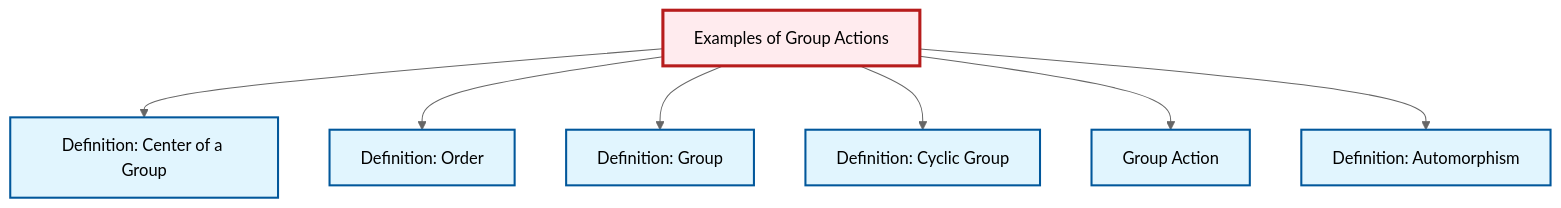
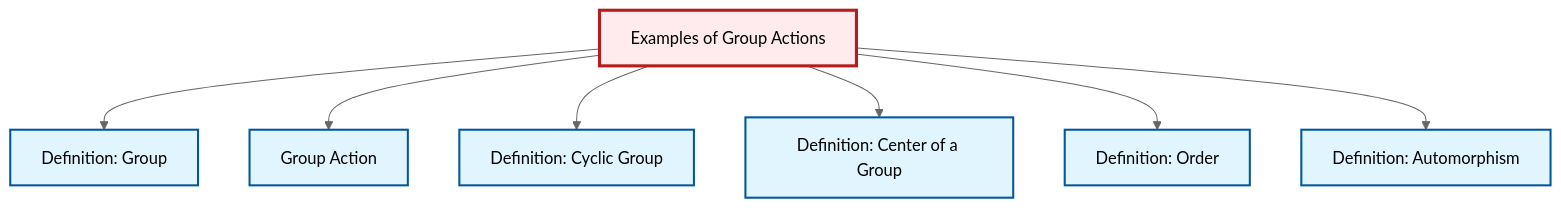
One commit to RK0429/ModernMath changed the diagram in content/en/algebra/ex-group-action-examples.qmd. Above: the diagram before and after it, drawn with Mermaid (neutral theme). The commit also changed other lines of this file and 328 other files, not shown here.

````diff
--- a/content/en/algebra/ex-group-action-examples.qmd
+++ b/content/en/algebra/ex-group-action-examples.qmd
@@ -78,29 +78,29 @@
 ```{mermaid}
 %%| fig-cap: "Local dependency graph"
 graph TD
     classDef definition fill:#e1f5fe,stroke:#01579b,stroke-width:2px
     classDef theorem fill:#f3e5f5,stroke:#4a148c,stroke-width:2px
     classDef axiom fill:#fff3e0,stroke:#e65100,stroke-width:2px
     classDef example fill:#e8f5e9,stroke:#1b5e20,stroke-width:2px
     classDef current fill:#ffebee,stroke:#b71c1c,stroke-width:3px
-    def-cyclic-group["Definition: Cyclic Group"]:::definition
-    def-order["Definition: Order"]:::definition
     ex-group-action-examples["Examples of Group Actions"]:::example
     def-automorphism["Definition: Automorphism"]:::definition
+    def-group-action["Group Action"]:::definition
+    def-order["Definition: Order"]:::definition
+    def-cyclic-group["Definition: Cyclic Group"]:::definition
     def-group["Definition: Group"]:::definition
     def-center-of-group["Definition: Center of a Group"]:::definition
-    def-group-action["Group Action"]:::definition
+    ex-group-action-examples --> def-group
+    ex-group-action-examples --> def-group-action
+    ex-group-action-examples --> def-cyclic-group
     ex-group-action-examples --> def-center-of-group
     ex-group-action-examples --> def-order
-    ex-group-action-examples --> def-group
-    ex-group-action-examples --> def-cyclic-group
-    ex-group-action-examples --> def-group-action
     ex-group-action-examples --> def-automorphism
     class ex-group-action-examples current
+    click def-automorphism "def-automorphism.html" "Go to Automorphism definition"
+    click def-group-action "def-group-action.html" "Go to Group Action"
+    click def-order "def-order.html" "Go to Order definition"
     click def-cyclic-group "def-cyclic-group.html" "Go to Cyclic Group definition"
-    click def-order "def-order.html" "Go to Order definition"
-    click def-automorphism "def-automorphism.html" "Go to Automorphism definition"
     click def-group "def-group.html" "Go to Group definition"
     click def-center-of-group "def-center-of-group.html" "Go to Center of a Group definition"
-    click def-group-action "def-group-action.html" "Go to Group Action"
 ```
````
